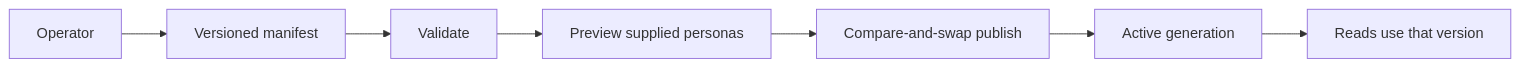
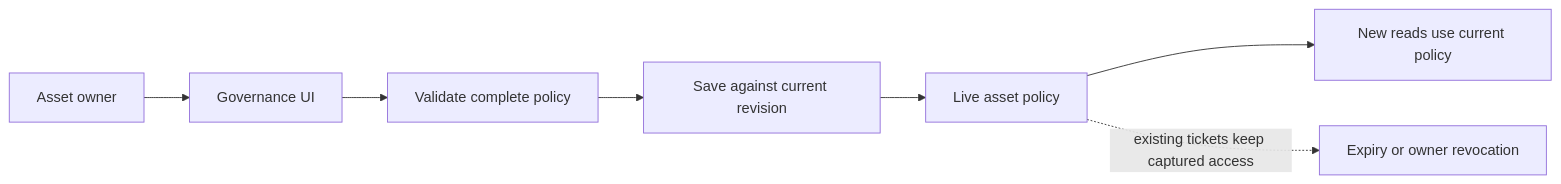
The first of 2 diagrams in docs/policy-authoring.md (snithish/dal-obscura), drawn with Mermaid before and after one commit. The commit also changed other lines of this file and 174 other files, not shown here.

````diff
--- a/docs/policy-authoring.md
+++ b/docs/policy-authoring.md
@@ -22,9 +22,9 @@
 ```mermaid
 flowchart LR
-    operator["Operator"] --> manifest["Versioned manifest"]
-    manifest --> validate["Validate"]
-    validate --> preview["Preview supplied personas"]
-    preview --> publish["Compare-and-swap publish"]
-    publish --> active["Active generation"]
-    active --> read["Reads use that version"]
+    owner["Asset owner"] --> editor["Governance UI"]
+    editor --> validate["Validate complete policy"]
+    validate --> save["Save against current revision"]
+    save --> live["Live asset policy"]
+    live --> read["New reads use current policy"]
+    live -. existing tickets keep captured access .-> expiry["Expiry or owner revocation"]
 ```
````
